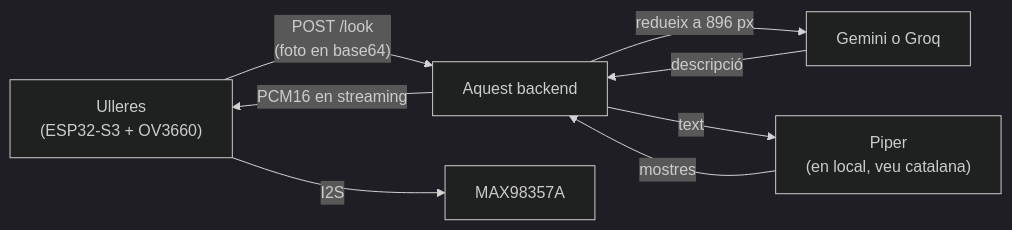
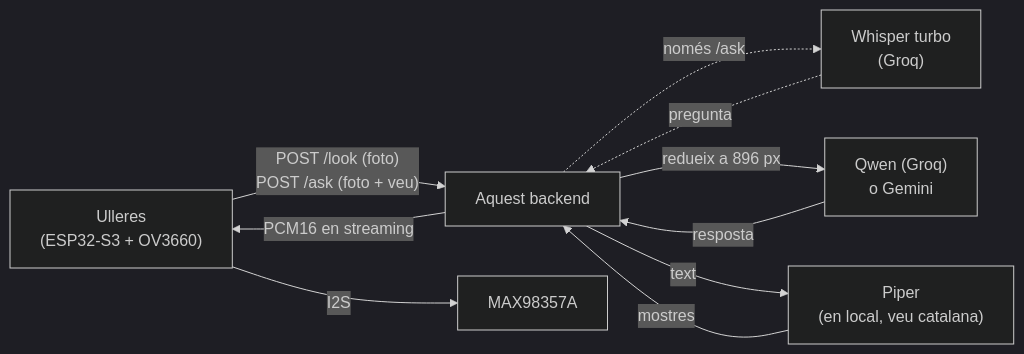
The diagram in README.md (devvazquez/bonsai-backend), drawn with Mermaid (dark theme) before and after one commit. The commit also changed other lines of this file and 12 other files, not shown here.

````diff
--- a/README.md
+++ b/README.md
@@ -7,10 +7,12 @@
 ```mermaid
 flowchart LR
-    A["Ulleres<br/>(ESP32-S3 + OV3660)"] -- "POST /look<br/>(foto en base64)" --> C["Aquest backend"]
-    C -- redueix a 896 px --> D["Gemini o Groq"]
-    D -- descripció --> C
+    A["Ulleres<br/>(ESP32-S3 + OV3660)"] -- "POST /look (foto)<br/>POST /ask (foto + veu)" --> C["Aquest backend"]
+    C -. "només /ask" .-> W["Whisper turbo<br/>(Groq)"]
+    W -. pregunta .-> C
+    C -- redueix a 896 px --> D["Qwen (Groq)<br/>o Gemini"]
+    D -- resposta --> C
     C -- text --> E["Piper<br/>(en local, veu catalana)"]
     E -- mostres --> C
     C -- "PCM16 en streaming" --> A
     A -- I2S --> F["MAX98357A"]
 ```
````
